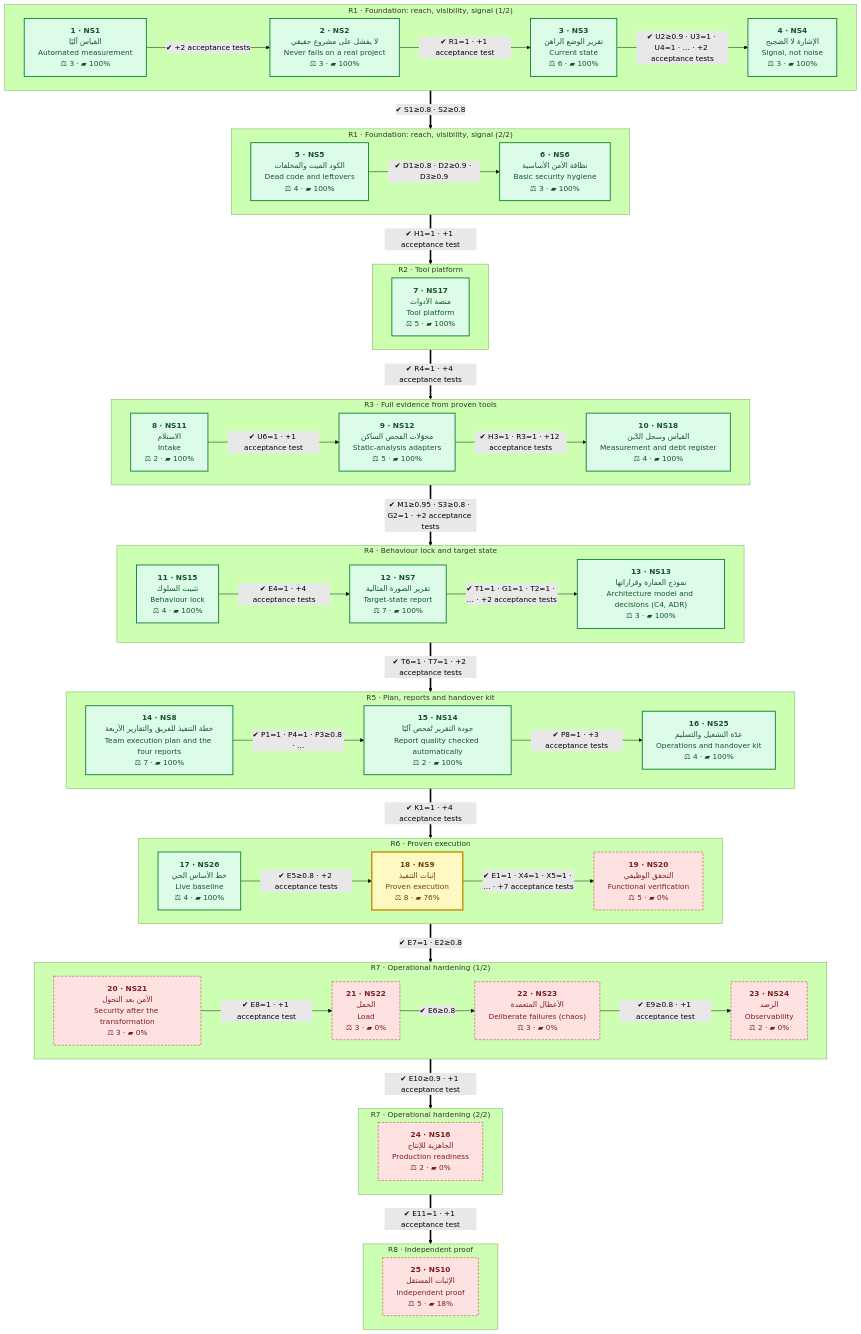
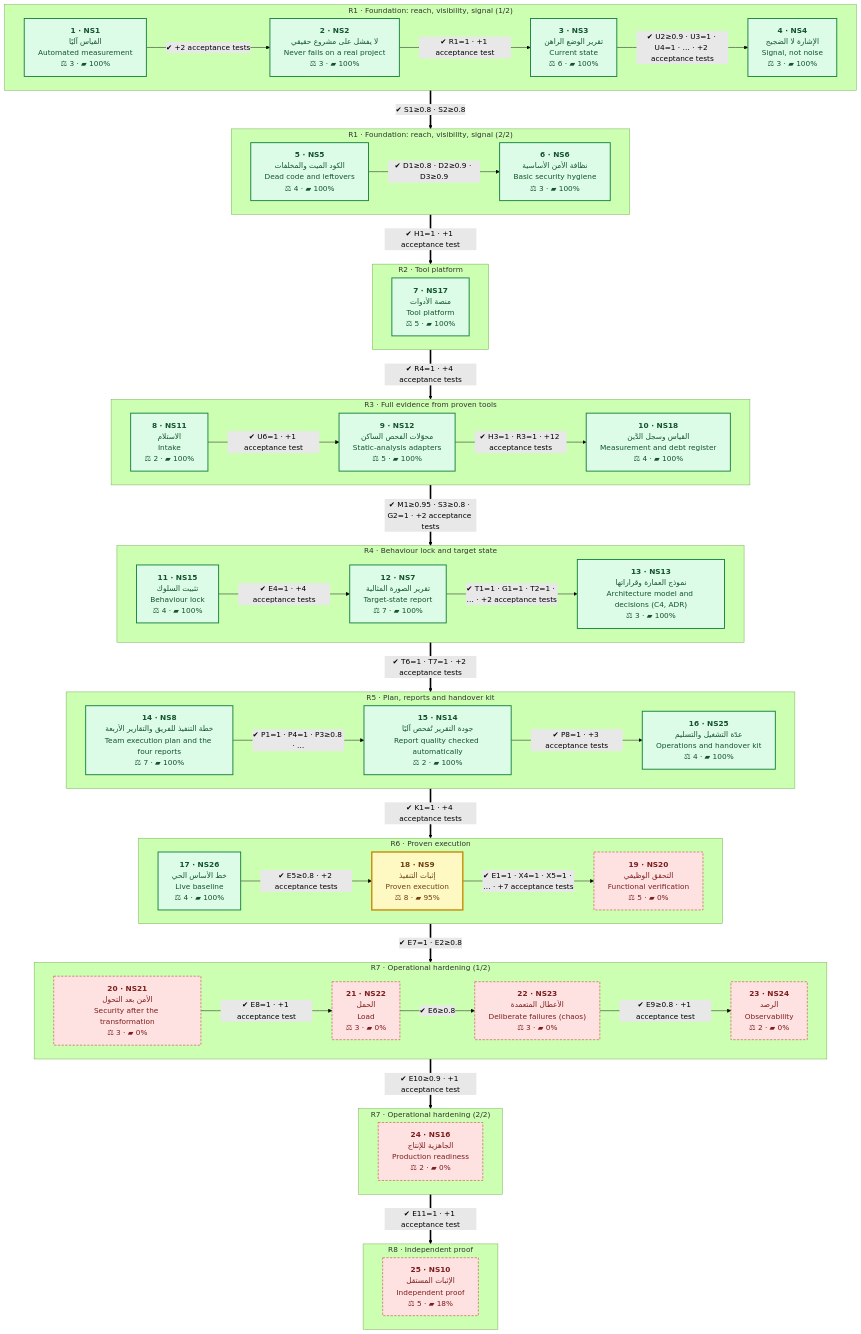
The second of 2 diagrams in README.en.md (eom1417/engineering-audit-os), drawn with Mermaid (forest theme) before and after one commit. The commit also changed other lines of this file and 9 other files, not shown here.

```diff
--- a/README.en.md
+++ b/README.en.md
@@ -291,7 +291,7 @@
     subgraph R6_1["R6 · Proven execution"]
         direction LR
         NS26["<b>17 · NS26</b><br/>خط الأساس الحي<br/>Live baseline<br/>⚖ 4 · ▰ 100%"]:::done
-        NS9["<b>18 · NS9</b><br/>إثبات التنفيذ<br/>Proven execution<br/>⚖ 8 · ▰ 76%"]:::current
+        NS9["<b>18 · NS9</b><br/>إثبات التنفيذ<br/>Proven execution<br/>⚖ 8 · ▰ 95%"]:::current
         NS20["<b>19 · NS20</b><br/>التحقق الوظيفي<br/>Functional verification<br/>⚖ 5 · ▰ 0%"]:::owner
         NS26 -->|"✔ E5≥0.8 · +2 acceptance tests"| NS9
         NS9 -->|"✔ E1=1 · X4=1 · X5=1 · … · +7 acceptance tests"| NS20
```
